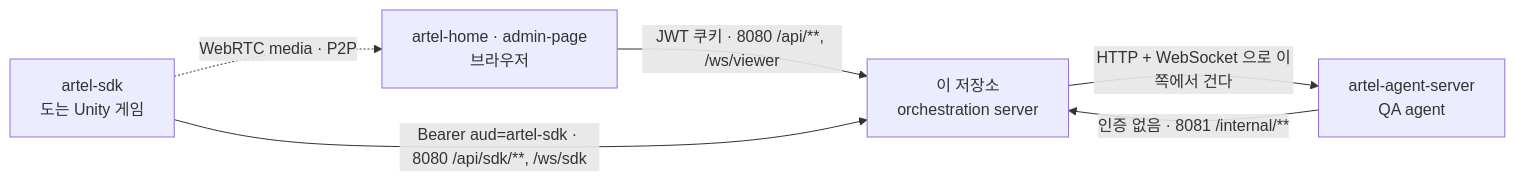
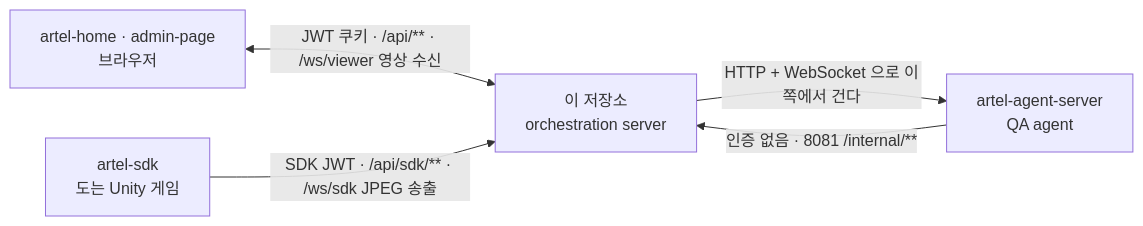
One commit to project-artel/artel-orchestration-server changed the diagram in README.md. Above: the diagram before and after it, drawn with Mermaid. The commit also changed other lines of this file and 1 other file, not shown here.

Commit message:
docs(stream): JPEG_WS 중계 구조 최신화

````diff
--- a/README.md
+++ b/README.md
@@ -13,13 +13,12 @@
 ```mermaid
 flowchart LR
     home["artel-home · admin-page<br>브라우저"]
     orch["이 저장소<br>orchestration server"]
     sdk["artel-sdk<br>도는 Unity 게임"]
     agent["artel-agent-server<br>QA agent"]
 
-    home -->|"JWT 쿠키 · 8080 /api/**, /ws/viewer"| orch
-    sdk -->|"Bearer aud=artel-sdk · 8080 /api/sdk/**, /ws/sdk"| orch
+    home <-->|"JWT 쿠키 · /api/** · /ws/viewer 영상 수신"| orch
+    sdk -->|"SDK JWT · /api/sdk/** · /ws/sdk JPEG 송출"| orch
     agent -->|"인증 없음 · 8081 /internal/**"| orch
     orch -->|"HTTP + WebSocket 으로 이쪽에서 건다"| agent
-    sdk -.->|"WebRTC media · P2P"| home
 ```
````
